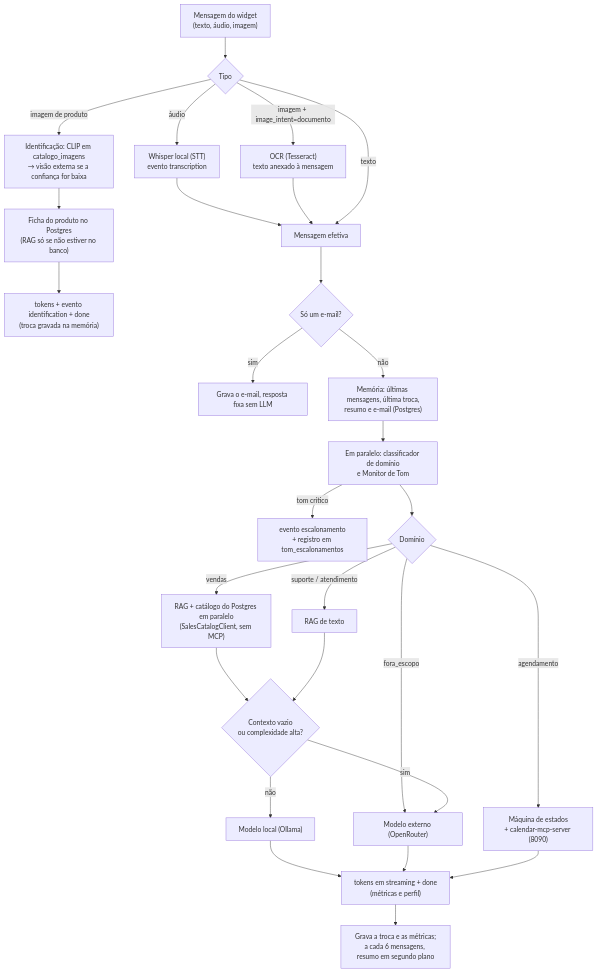
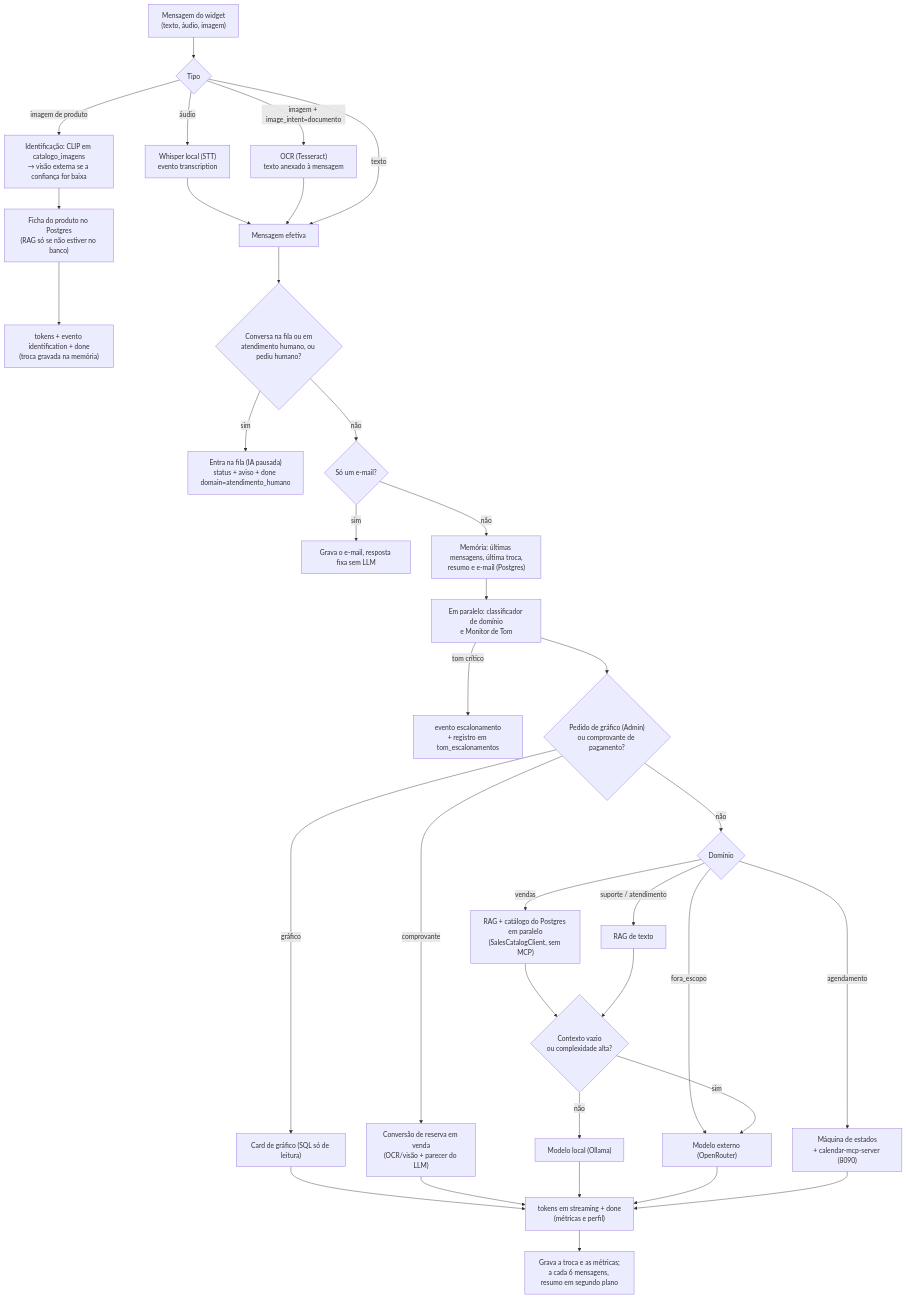
Before and after one commit to augustoglauco/TCC: the diagram in docs/ARCHITECTURE.md, drawn with Mermaid. The commit also changed other lines of this file and 1 other file, not shown here.

First line of the commit message:
docs: ARCHITECTURE (fluxo do chat com atendimento humano, gráfico e comprovante; cinco ferramentas MCP)

````diff
--- a/docs/ARCHITECTURE.md
+++ b/docs/ARCHITECTURE.md
@@ -68,27 +68,32 @@
 ```mermaid
 flowchart TD
     IN["Mensagem do widget<br/>(texto, áudio, imagem)"] --> PRE{"Tipo"}
     PRE -- "áudio" --> STT["Whisper local (STT)<br/>evento transcription"] --> MSG
     PRE -- "imagem + image_intent=documento" --> OCR["OCR (Tesseract)<br/>texto anexado à mensagem"] --> MSG
     PRE -- "imagem de produto" --> ID["Identificação: CLIP em catalogo_imagens<br/>→ visão externa se a confiança for baixa"]
     ID --> FICHA["Ficha do produto no Postgres<br/>(RAG só se não estiver no banco)"] --> OUTID["tokens + evento identification + done<br/>(troca gravada na memória)"]
     PRE -- "texto" --> MSG["Mensagem efetiva"]
-    MSG --> EMAIL{"Só um e-mail?"}
+    MSG --> HUM{"Conversa na fila ou em<br/>atendimento humano, ou pediu humano?"}
+    HUM -- "sim" --> FILA["Entra na fila (IA pausada)<br/>status + aviso + done domain=atendimento_humano"]
+    HUM -- "não" --> EMAIL{"Só um e-mail?"}
     EMAIL -- "sim" --> FIXA["Grava o e-mail, resposta fixa sem LLM"]
     EMAIL -- "não" --> MEM["Memória: últimas mensagens, última troca,<br/>resumo e e-mail (Postgres)"]
     MEM --> PAR["Em paralelo: classificador de domínio<br/>e Monitor de Tom"]
     PAR -- "tom crítico" --> ESC["evento escalonamento<br/>+ registro em tom_escalonamentos"]
-    PAR --> DOM{"Domínio"}
+    PAR --> CURTOS{"Pedido de gráfico (Admin)<br/>ou comprovante de pagamento?"}
+    CURTOS -- "gráfico" --> GRAF["Card de gráfico (SQL só de leitura)"] --> OUT
+    CURTOS -- "comprovante" --> COMP["Conversão de reserva em venda<br/>(OCR/visão + parecer do LLM)"] --> OUT
+    CURTOS -- "não" --> DOM{"Domínio"}
     DOM -- "agendamento" --> AG["Máquina de estados<br/>+ calendar-mcp-server (8090)"]
     DOM -- "vendas" --> VEN["RAG + catálogo do Postgres em paralelo<br/>(SalesCatalogClient, sem MCP)"]
     DOM -- "suporte / atendimento" --> RAG["RAG de texto"]
     DOM -- "fora_escopo" --> EXT
     VEN --> ROT{"Contexto vazio<br/>ou complexidade alta?"}
     RAG --> ROT
     ROT -- "não" --> LOC["Modelo local (Ollama)"]
     ROT -- "sim" --> EXT["Modelo externo (OpenRouter)"]
     LOC --> OUT["tokens em streaming + done<br/>(métricas e perfil)"]
     EXT --> OUT
     AG --> OUT
     OUT --> POS["Grava a troca e as métricas;<br/>a cada 6 mensagens, resumo em segundo plano"]
 ```
````
